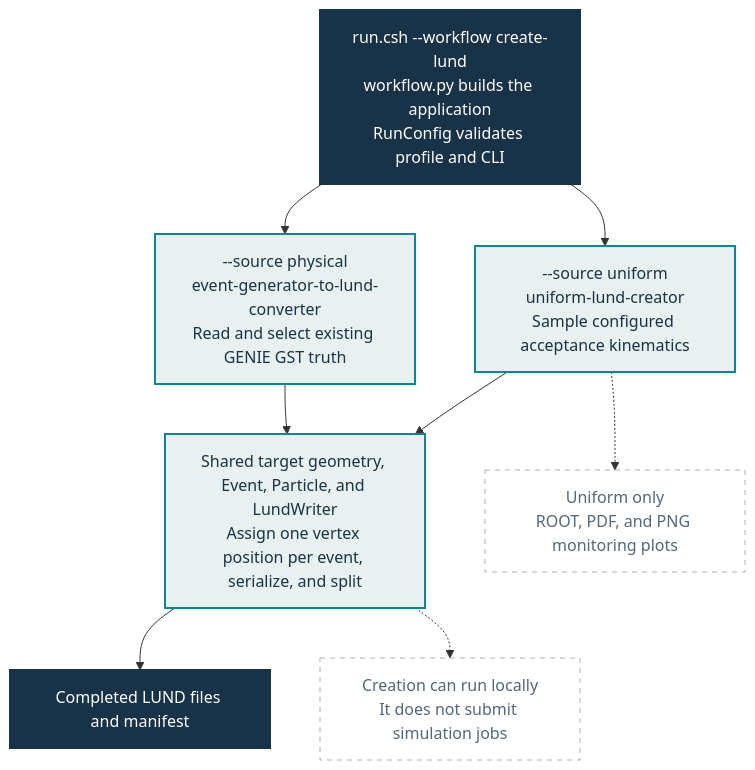
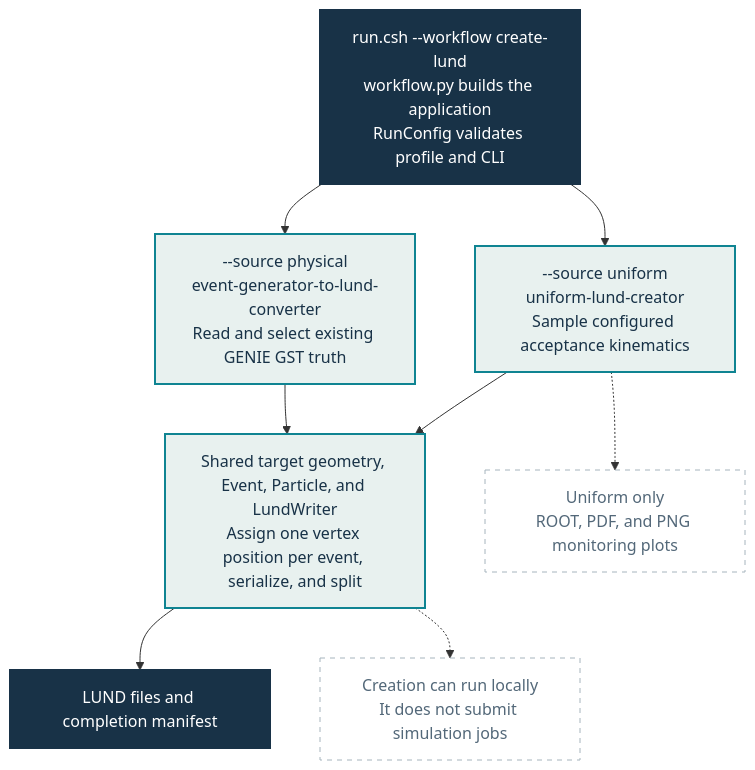
The diagram in docs/create-lund/index.md (alons126/CLAS12-sample-generator), drawn with Mermaid before and after one commit. The commit also changed other lines of this file and 31 other files, not shown here.

````diff
--- a/docs/create-lund/index.md
+++ b/docs/create-lund/index.md
@@ -5,25 +5,25 @@
 ```mermaid
 flowchart TD
     BUILD["run.csh --workflow create-lund<br/>workflow.py builds the application<br/>RunConfig validates profile and CLI"]
     U["--source uniform<br/>uniform-lund-creator<br/>Sample configured acceptance kinematics"]
     P["--source physical<br/>event-generator-to-lund-converter<br/>Read and select existing GENIE GST truth"]
     SHARED["Shared target geometry, Event, Particle, and LundWriter<br/>Assign one vertex position per event, serialize, and split"]
-    DONE["Completed LUND files and manifest"]
+    DONE["LUND files and completion manifest"]
     MONITORING["Uniform only<br/>ROOT, PDF, and PNG monitoring plots"]
     LOCAL["Creation can run locally<br/>It does not submit simulation jobs"]
 
     BUILD --> U
     BUILD --> P
     U --> SHARED
     P --> SHARED
     SHARED --> DONE
     U -.-> MONITORING
     SHARED -.-> LOCAL
 
     classDef endpoint fill:#183247,color:#ffffff,stroke:#183247,stroke-width:2px;
     classDef stage fill:#e8f1ef,color:#183247,stroke:#0f8492,stroke-width:2px;
     classDef note fill:#ffffff,color:#536879,stroke:#a6b4bd,stroke-dasharray:5 5;
     class BUILD,DONE endpoint;
     class U,P,SHARED stage;
     class MONITORING,LOCAL note;
 ```
````
